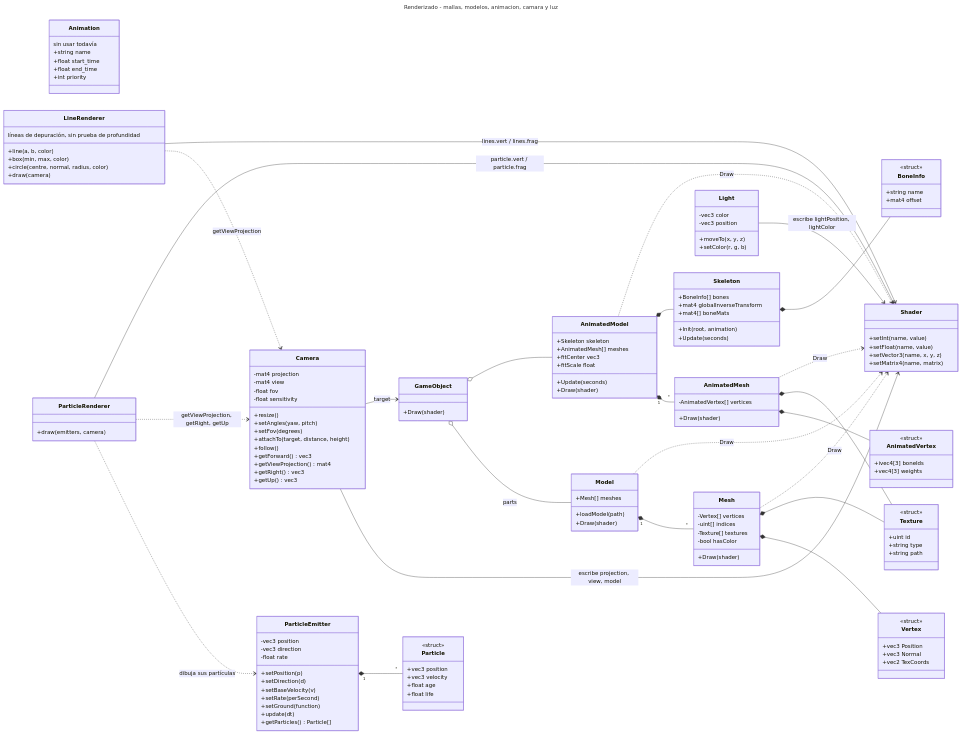
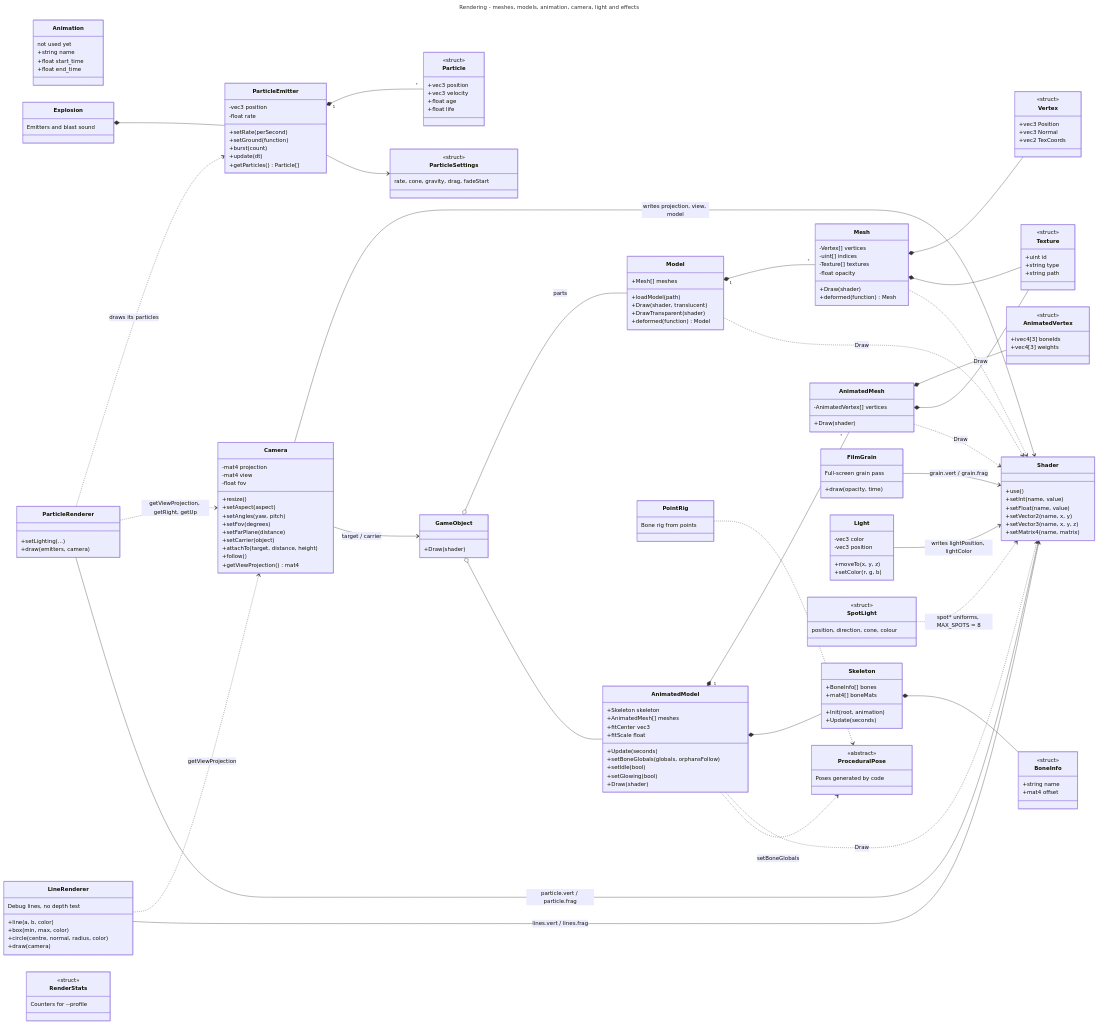
Before and after one commit to Joselitus/3Dengine: the fifth of 12 diagrams in docs/UML.md, drawn with Mermaid. The commit also changed other lines of this file and 7 other files, not shown here.

````diff
--- a/docs/UML.md
+++ b/docs/UML.md
@@ -607,13 +774,15 @@
 ```mermaid
 ---
-title: Renderizado - mallas, modelos, animacion, camara y luz
+title: Rendering - meshes, models, animation, camera, light and effects
 ---
 classDiagram
     direction LR
 
     class Shader {
+        +use()
         +setInt(name, value)
         +setFloat(name, value)
+        +setVector2(name, x, y)
         +setVector3(name, x, y, z)
         +setMatrix4(name, matrix)
     }
@@ -621,13 +790,16 @@
         -Vertex[] vertices
         -uint[] indices
         -Texture[] textures
-        -bool hasColor
+        -float opacity
         +Draw(shader)
+        +deformed(function) Mesh
     }
     class Model {
         +Mesh[] meshes
         +loadModel(path)
-        +Draw(shader)
+        +Draw(shader, translucent)
+        +DrawTransparent(shader)
+        +deformed(function) Model
     }
     class AnimatedMesh {
         -AnimatedVertex[] vertices
@@ -639,11 +811,13 @@
         +fitCenter vec3
         +fitScale float
         +Update(seconds)
+        +setBoneGlobals(globals, orphansFollow)
+        +setIdle(bool)
+        +setGlowing(bool)
         +Draw(shader)
     }
     class Skeleton {
         +BoneInfo[] bones
-        +mat4 globalInverseTransform
         +mat4[] boneMats
         +Init(root, animation)
         +Update(seconds)
@@ -671,23 +845,30 @@
         +string path
     }
     class Animation {
-        sin usar todavía
+        not used yet
         +string name
         +float start_time
         +float end_time
-        +int priority
+    }
+    class ProceduralPose {
+        <<abstract>>
+        Poses generated by code
+    }
+    class PointRig {
+        Bone rig from points
     }
     class ParticleEmitter {
         -vec3 position
-        -vec3 direction
         -float rate
-        +setPosition(p)
-        +setDirection(d)
-        +setBaseVelocity(v)
         +setRate(perSecond)
         +setGround(function)
+        +burst(count)
         +update(dt)
         +getParticles() Particle[]
+    }
+    class ParticleSettings {
+        <<struct>>
+        rate, cone, gravity, drag, fadeStart
     }
     class Particle {
         <<struct>>
@@ -697,10 +878,18 @@
         +float life
     }
     class ParticleRenderer {
+        +setLighting(...)
         +draw(emitters, camera)
     }
+    class Explosion {
+        Emitters and blast sound
+    }
+    class FilmGrain {
+        Full-screen grain pass
+        +draw(opacity, time)
+    }
     class LineRenderer {
-        líneas de depuración, sin prueba de profundidad
+        Debug lines, no depth test
         +line(a, b, color)
         +box(min, max, color)
         +circle(centre, normal, radius, color)
@@ -710,22 +899,29 @@
         -mat4 projection
         -mat4 view
         -float fov
-        -float sensitivity
         +resize()
+        +setAspect(aspect)
         +setAngles(yaw, pitch)
         +setFov(degrees)
+        +setFarPlane(distance)
+        +setCarrier(object)
         +attachTo(target, distance, height)
         +follow()
-        +getForward() vec3
         +getViewProjection() mat4
-        +getRight() vec3
-        +getUp() vec3
     }
     class Light {
         -vec3 color
         -vec3 position
         +moveTo(x, y, z)
         +setColor(r, g, b)
+    }
+    class SpotLight {
+        <<struct>>
+        position, direction, cone, colour
+    }
+    class RenderStats {
+        <<struct>>
+        Counters for --profile
     }
     class GameObject {
         +Draw(shader)
@@ -743,15 +939,21 @@
     AnimatedMesh ..> Shader : Draw
     Model ..> Shader : Draw
     AnimatedModel ..> Shader : Draw
-    Camera --> Shader : escribe projection, view, model
+    AnimatedModel ..> ProceduralPose : setBoneGlobals
+    PointRig ..> ProceduralPose
+    Camera --> Shader : writes projection, view, model
     ParticleEmitter "1" *-- "*" Particle
-    ParticleRenderer ..> ParticleEmitter : dibuja sus partículas
+    ParticleEmitter --> ParticleSettings
+    ParticleRenderer ..> ParticleEmitter : draws its particles
     ParticleRenderer ..> Camera : getViewProjection, getRight, getUp
     ParticleRenderer --> Shader : particle.vert / particle.frag
+    Explosion *-- ParticleEmitter
+    FilmGrain --> Shader : grain.vert / grain.frag
     LineRenderer ..> Camera : getViewProjection
     LineRenderer --> Shader : lines.vert / lines.frag
-    Light --> Shader : escribe lightPosition, lightColor
-    Camera --> GameObject : target
+    Light --> Shader : writes lightPosition, lightColor
+    SpotLight ..> Shader : spot* uniforms, MAX_SPOTS = 8
+    Camera --> GameObject : target / carrier
     GameObject o-- Model : parts
     GameObject o-- AnimatedModel
 ```
````
